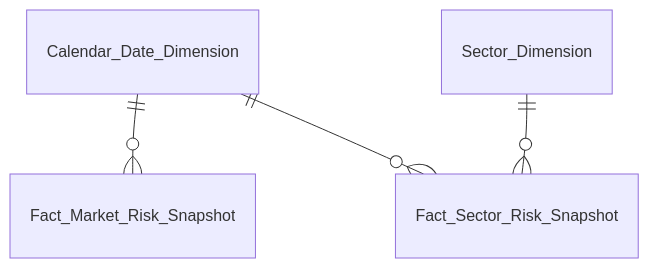
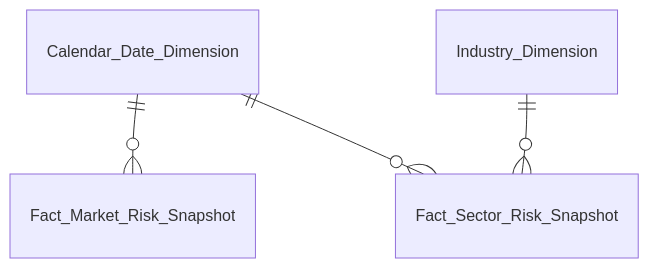
One commit to linhlvit/ubck_atomic_design changed the third of 9 diagrams in Datamart/hld/DTM_PTTT_Entities.md. Above: the diagram before and after it, drawn with Mermaid. The commit also changed other lines of this file and 4 other files, not shown here.

Commit message:
feat(PTTT, skill): sync Industry Dimension in PTTT Entities and add Entities.csv check in datamart-review skill

````diff
--- a/Datamart/hld/DTM_PTTT_Entities.md
+++ b/Datamart/hld/DTM_PTTT_Entities.md
@@ -55,6 +55,6 @@
 ```mermaid
 erDiagram
     Calendar_Date_Dimension ||--o{ Fact_Market_Risk_Snapshot : " "
     Calendar_Date_Dimension ||--o{ Fact_Sector_Risk_Snapshot : " "
-    Sector_Dimension ||--o{ Fact_Sector_Risk_Snapshot : " "
+    Industry_Dimension ||--o{ Fact_Sector_Risk_Snapshot : " "
 ```
````
